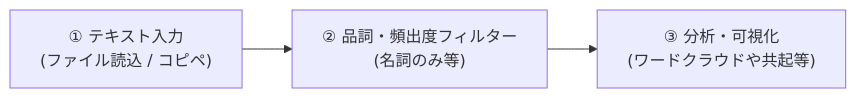
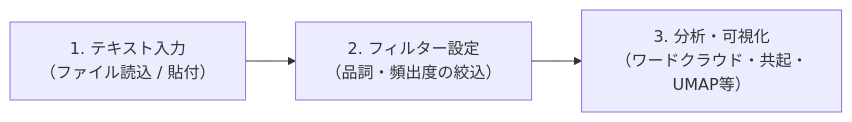
The diagram in README.md (satoshi-ohwada/text-analysis-test), drawn with Mermaid before and after one commit. The commit also changed other lines of this file, not shown here.

````diff
--- a/README.md
+++ b/README.md
@@ -53,5 +53,5 @@
 ```mermaid
-flowchart LR
-    A["① テキスト入力<br>(ファイル読込 / コピペ)"] --> B["② 品詞・頻出度フィルター<br>(名詞のみ等)"]
-    B --> C["③ 分析・可視化<br>(ワードクラウドや共起等)"]
+graph LR
+    step1["1. テキスト入力<br/>（ファイル読込 / 貼付）"] --> step2["2. フィルター設定<br/>（品詞・頻出度の絞込）"]
+    step2 --> step3["3. 分析・可視化<br/>（ワードクラウド・共起・UMAP等）"]
 ```
````
